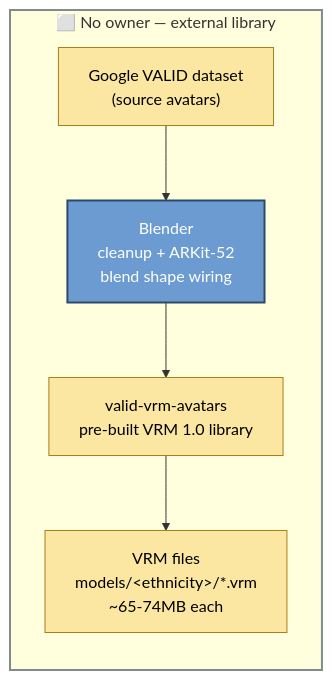
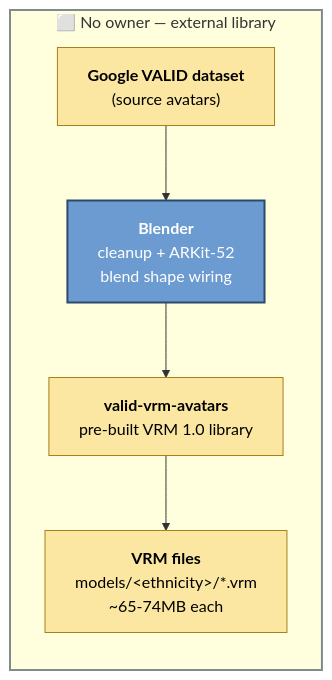
The second of 8 diagrams in docs/TECH_PIPELINE.md (SBU-VRET/VRET-Project), drawn with Mermaid before and after one commit. The commit also changed other lines of this file and 7 other files, not shown here.

````diff
--- a/docs/TECH_PIPELINE.md
+++ b/docs/TECH_PIPELINE.md
@@ -81,14 +83,14 @@
 ```mermaid
 flowchart LR
     subgraph S1["⬜ No owner — external library"]
-    VALID["Google VALID dataset<br/>(source avatars)"] --> Blender["Blender<br/>cleanup + ARKit-52<br/>blend shape wiring"]
-    Blender --> Library["valid-vrm-avatars<br/>pre-built VRM 1.0 library"]
-    Library --> VRM["VRM files<br/>models/&lt;ethnicity&gt;/*.vrm<br/>~65-74MB each"]
+    VALID["<b>Google VALID dataset</b><br/>(source avatars)"] --> Blender["<b>Blender</b><br/>cleanup + ARKit-52<br/>blend shape wiring"]
+    Blender --> Library["<b>valid-vrm-avatars</b><br/>pre-built VRM 1.0 library"]
+    Library --> VRM["<b>VRM files</b><br/>models/&lt;ethnicity&gt;/*.vrm<br/>~65-74MB each"]
     end
 
     style S1 stroke:#7F8C8D,stroke-width:2px
     classDef tool fill:#6c9bd1,stroke:#2c4a6b,stroke-width:2px,color:#fff;
     classDef artifact fill:#fbe7a1,stroke:#a87f1a,stroke-width:1px,color:#000;
     class Blender tool
     class VALID,Library,VRM artifact
 ```
````
